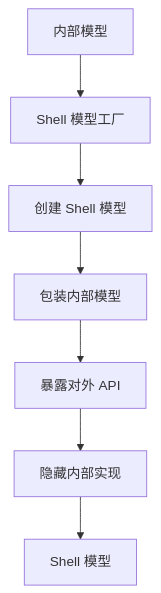
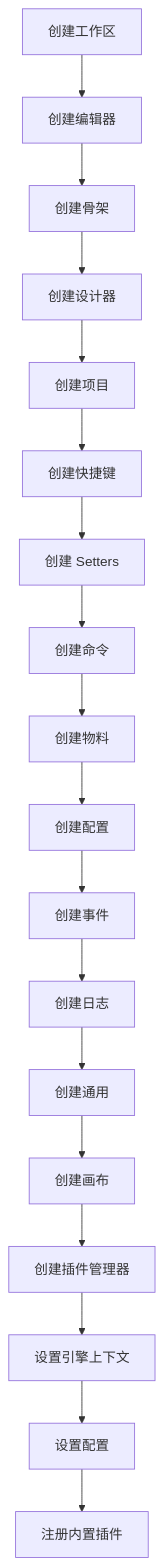
Before and after one commit to yangzhouQS/lowcode-engine-demo: the second of 2 diagrams in pkg-docs/03-engine/index.md, drawn with Mermaid. The commit also changed other lines of this file and 3 other files, not shown here.

````diff
--- a/pkg-docs/03-engine/index.md
+++ b/pkg-docs/03-engine/index.md
@@ -419,9 +414,20 @@
 ```mermaid
 graph TD
-    A[内部模型] --> B[Shell 模型工厂]
-    B --> C[创建 Shell 模型]
-    C --> D[包装内部模型]
-    D --> E[暴露对外 API]
-    E --> F[隐藏内部实现]
-    F --> G[Shell 模型]
+    A[创建工作区] --> B[创建编辑器]
+    B --> C[创建骨架]
+    C --> D[创建设计器]
+    D --> E[创建项目]
+    E --> F[创建快捷键]
+    F --> G[创建 Setters]
+    G --> H[创建命令]
+    H --> I[创建物料]
+    I --> J[创建配置]
+    J --> K[创建事件]
+    K --> L[创建日志]
+    L --> M[创建通用]
+    M --> N[创建画布]
+    N --> O[创建插件管理器]
+    O --> P[设置引擎上下文]
+    P --> Q[设置配置]
+    Q --> R[注册内置插件]
 ```
````
